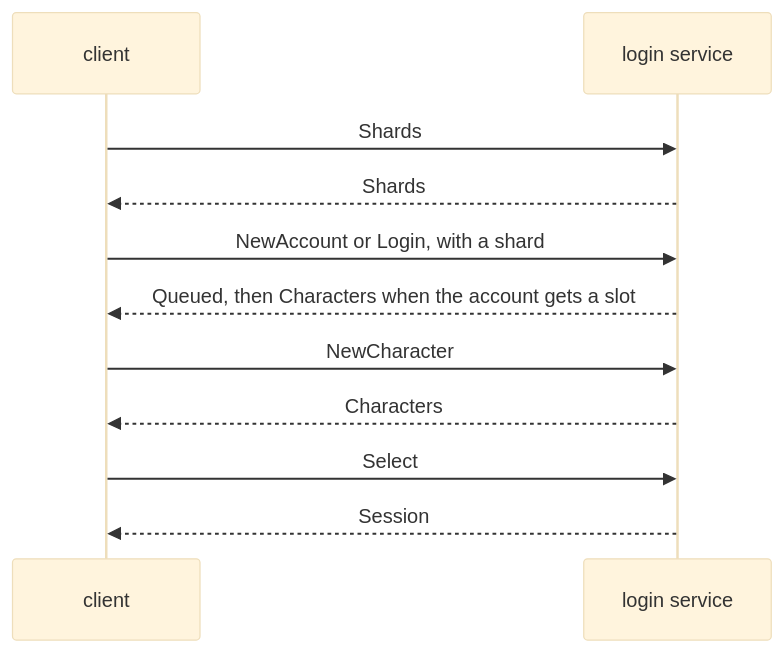
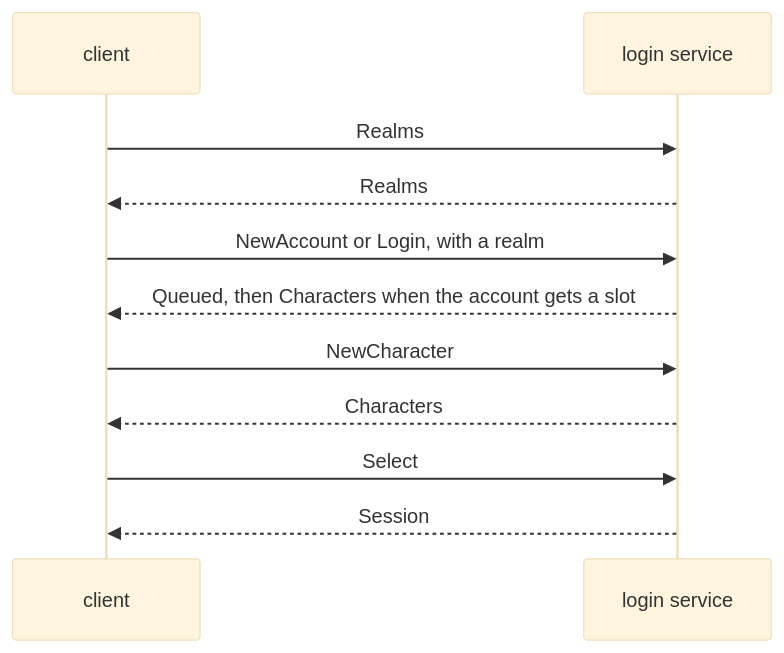
One commit to Screetch/mmo-archi changed the second of 2 diagrams in docs/architecture.md. Above: the diagram before and after it, drawn with Mermaid (base theme). The commit also changed other lines of this file and 1 other file, not shown here.

Commit message:
chore(docs): Rename the shard to the realm and describe the realms (#78)

````diff
--- a/docs/architecture.md
+++ b/docs/architecture.md
@@ -200,13 +202,13 @@
 ```mermaid
 sequenceDiagram
   participant C as client
   participant L as login service
-  C->>L: Shards
-  L-->>C: Shards
-  C->>L: NewAccount or Login, with a shard
+  C->>L: Realms
+  L-->>C: Realms
+  C->>L: NewAccount or Login, with a realm
   L-->>C: Queued, then Characters when the account gets a slot
   C->>L: NewCharacter
   L-->>C: Characters
   C->>L: Select
   L-->>C: Session
 ```
````
